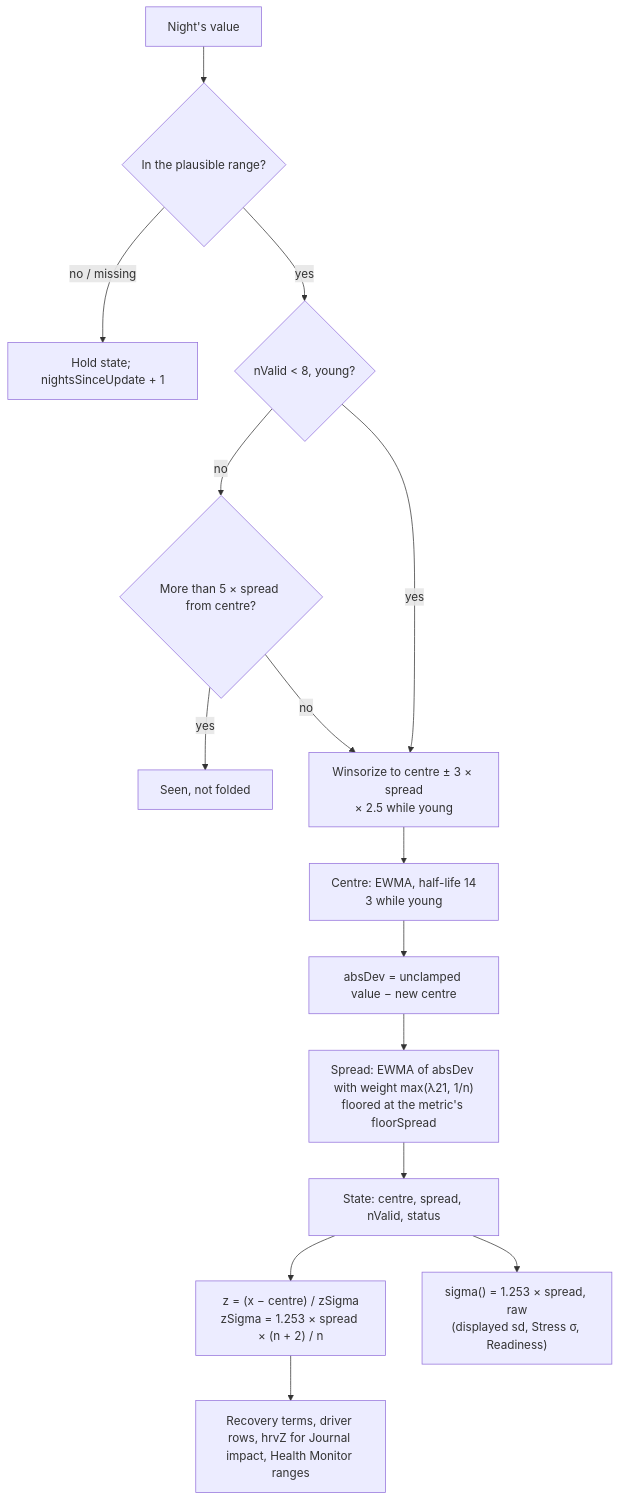
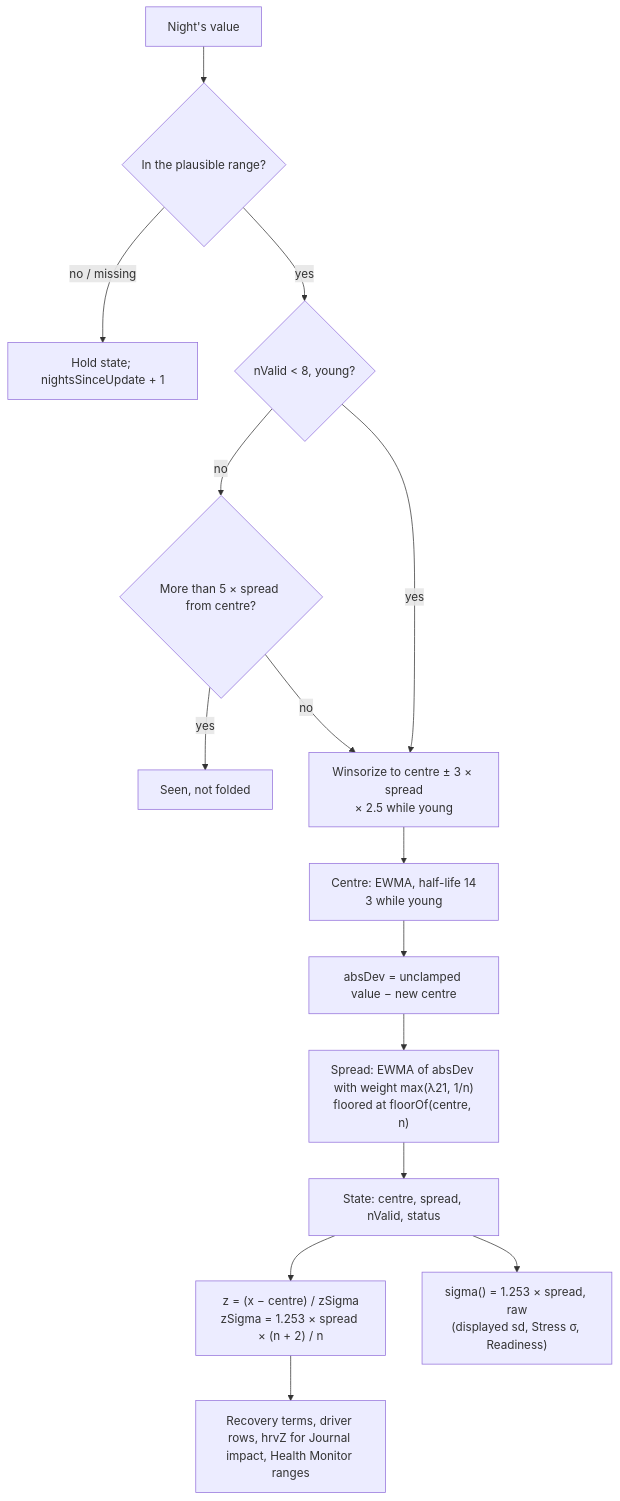
Before and after one commit to RohitDhatrak/pulse: the diagram in docs/algorithms/baselines.md, drawn with Mermaid. The commit also changed other lines of this file and 23 other files, not shown here.

````diff
--- a/docs/algorithms/baselines.md
+++ b/docs/algorithms/baselines.md
@@ -24,17 +25,17 @@
 ```mermaid
 flowchart TB
   V[Night's value] --> R{In the plausible range?}
   R -->|no / missing| H[Hold state; nightsSinceUpdate + 1]
   R -->|yes| Y{nValid < 8, young?}
   Y -->|no| O{More than 5 × spread from centre?}
   O -->|yes| REJ[Seen, not folded]
   O -->|no| W
   Y -->|yes| W[Winsorize to centre ± 3 × spread<br/>× 2.5 while young]
   W --> C[Centre: EWMA, half-life 14<br/>3 while young]
   C --> D[absDev = unclamped value − new centre]
-  D --> S["Spread: EWMA of absDev with weight max(λ21, 1/n)<br/>floored at the metric's floorSpread"]
+  D --> S["Spread: EWMA of absDev with weight max(λ21, 1/n)<br/>floored at floorOf(centre, n)"]
   S --> ST[State: centre, spread, nValid, status]
   ST --> Z["z = (x − centre) / zSigma<br/>zSigma = 1.253 × spread × (n + 2) / n"]
   Z --> USE[Recovery terms, driver rows, hrvZ for Journal impact, Health Monitor ranges]
   ST --> RAW["sigma() = 1.253 × spread, raw<br/>(displayed sd, Stress σ, Readiness)"]
 ```
````
